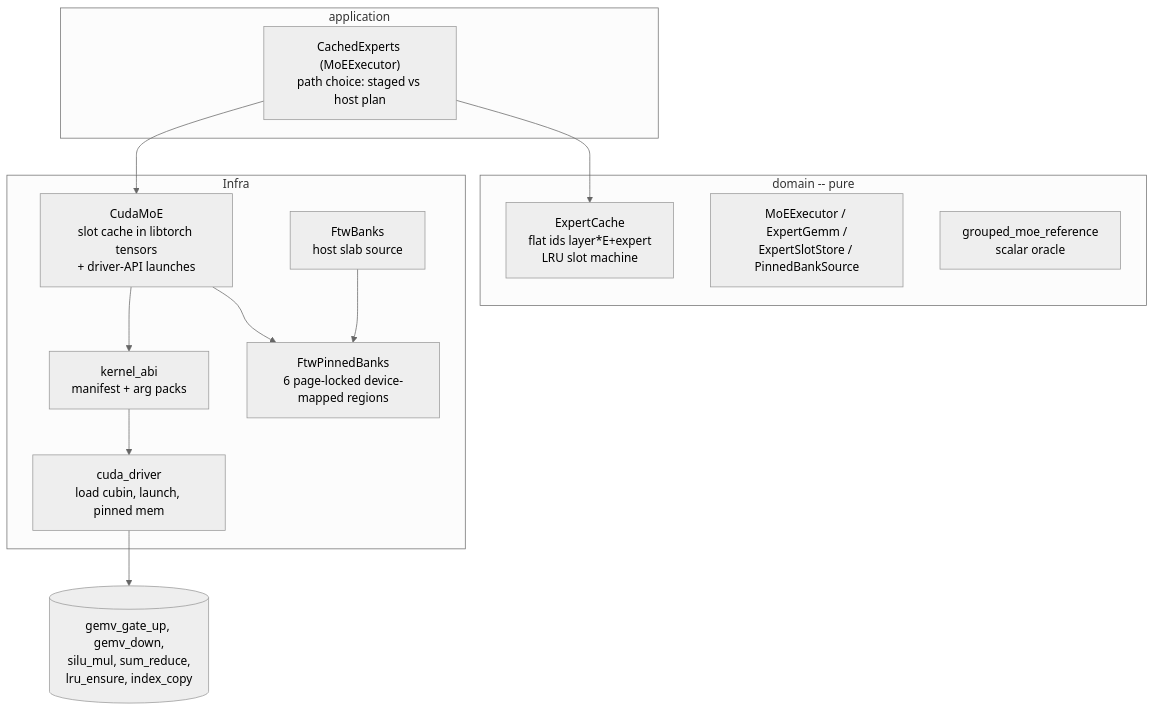
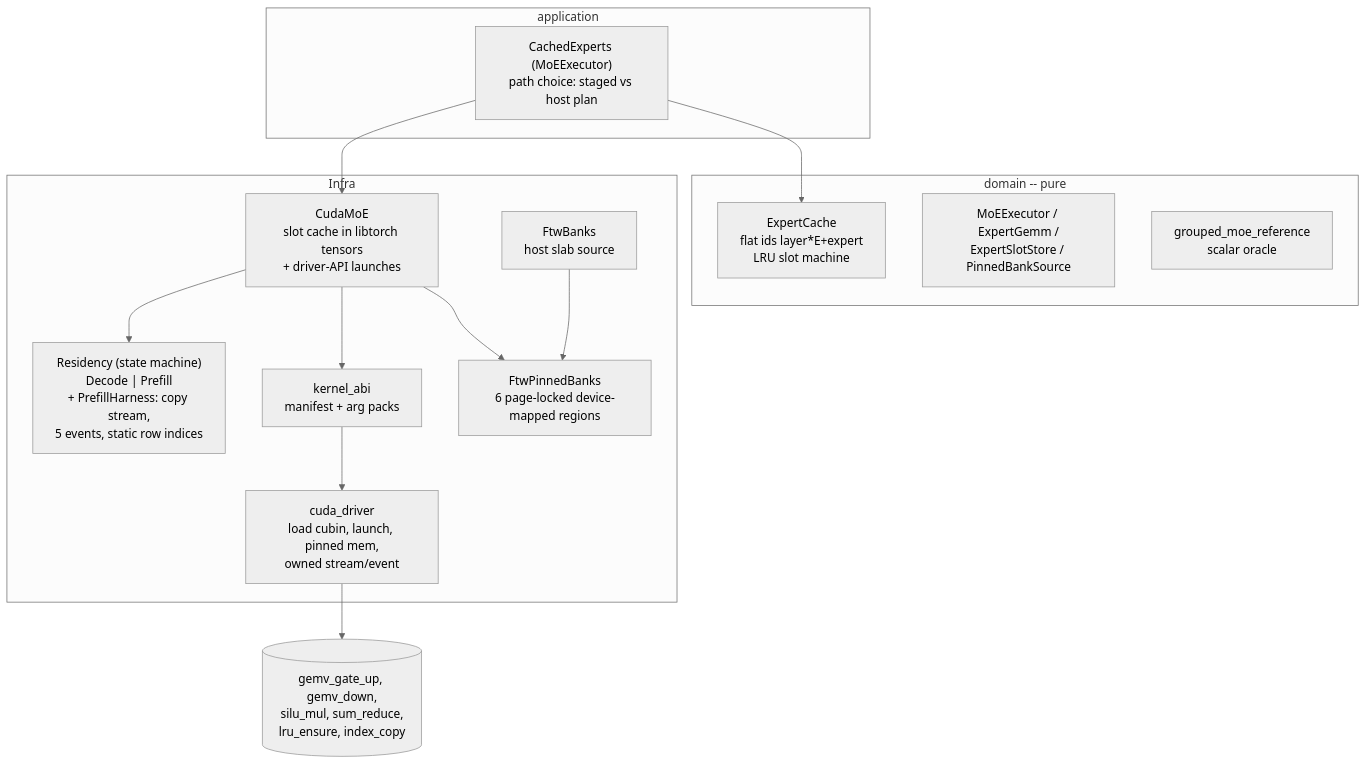
One commit to butzist/ferrum-torrens changed the tenth of 17 diagrams in ARCHITECTURE.md. Above: the diagram before and after it, drawn with Mermaid (neutral theme). The commit also changed other lines of this file and 5 other files, not shown here.

````diff
--- a/ARCHITECTURE.md
+++ b/ARCHITECTURE.md
@@ -390,24 +418,26 @@
 ```mermaid
 flowchart TB
   subgraph Domain["domain -- pure"]
     EC["ExpertCache\nflat ids layer*E+expert\nLRU slot machine"]
     Ports["MoEExecutor / ExpertGemm /\nExpertSlotStore / PinnedBankSource"]
     Oracle["grouped_moe_reference\nscalar oracle"]
   end
   subgraph App["application"]
     CE["CachedExperts (MoEExecutor)\npath choice: staged vs host plan"]
   end
   subgraph Infra
     CM["CudaMoE\nslot cache in libtorch tensors\n+ driver-API launches"]
+    Res["Residency (state machine)\nDecode | Prefill\n+ PrefillHarness: copy stream,\n5 events, static row indices"]
     AB["kernel_abi\nmanifest + arg packs"]
-    DR["cuda_driver\nload cubin, launch, pinned mem"]
+    DR["cuda_driver\nload cubin, launch, pinned mem,\nowned stream/event"]
     PB["FtwPinnedBanks\n6 page-locked device-mapped regions"]
     FB["FtwBanks\nhost slab source"]
   end
   CE --> EC
   CE --> CM
+  CM --> Res
   CM --> AB --> DR
   CM --> PB
   FB --> PB
   DR --> Cubins[("gemv_gate_up, gemv_down,\nsilu_mul, sum_reduce,\nlru_ensure, index_copy")]
 ```
````
